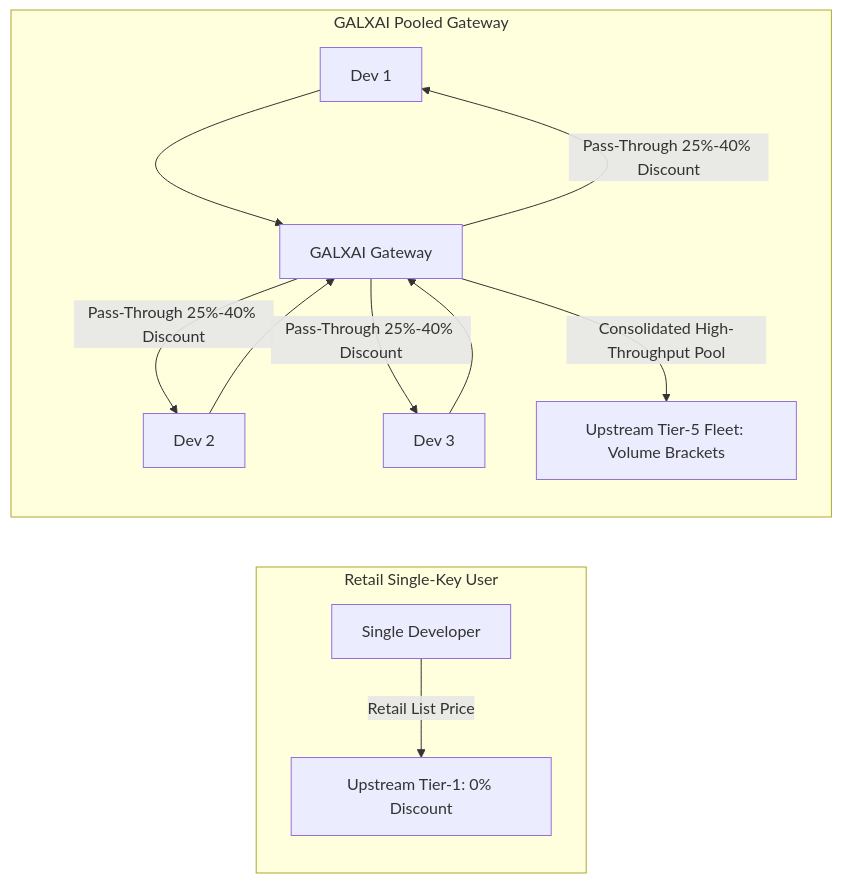
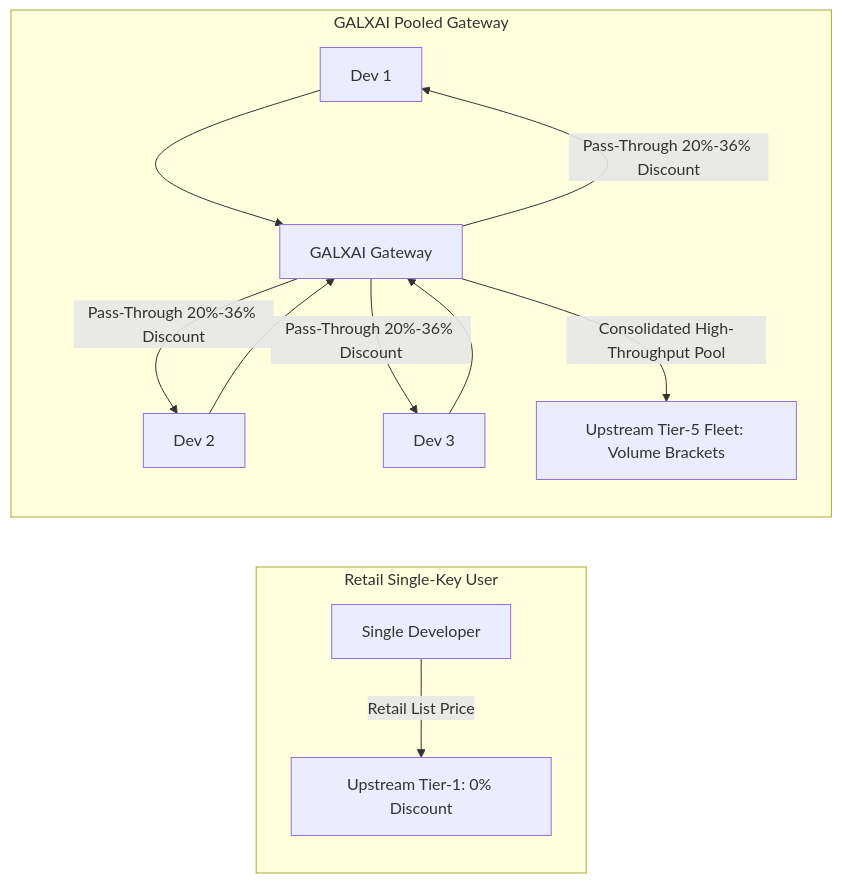
One commit to CardSorting/GALXAI changed the diagram in docs/PRICING_AND_DISCOUNT_STRATEGY.md. Above: the diagram before and after it, drawn with Mermaid. The commit also changed other lines of this file and 93 other files, not shown here.

````diff
--- a/docs/PRICING_AND_DISCOUNT_STRATEGY.md
+++ b/docs/PRICING_AND_DISCOUNT_STRATEGY.md
@@ -11,12 +11,12 @@
 ```mermaid
 flowchart LR
     subgraph Retail Single-Key User
         U1[Single Developer] -->|Retail List Price| O1[Upstream Tier-1: 0% Discount]
     end
 
     subgraph GALXAI Pooled Gateway
         Dev1[Dev 1] & Dev2[Dev 2] & Dev3[Dev 3] --> Gateway[GALXAI Gateway]
         Gateway -->|Consolidated High-Throughput Pool| O2[Upstream Tier-5 Fleet: Volume Brackets]
-        Gateway -->|Pass-Through 25%-40% Discount| Dev1 & Dev2 & Dev3
+        Gateway -->|Pass-Through 20%-36% Discount| Dev1 & Dev2 & Dev3
     end
 ```
````
